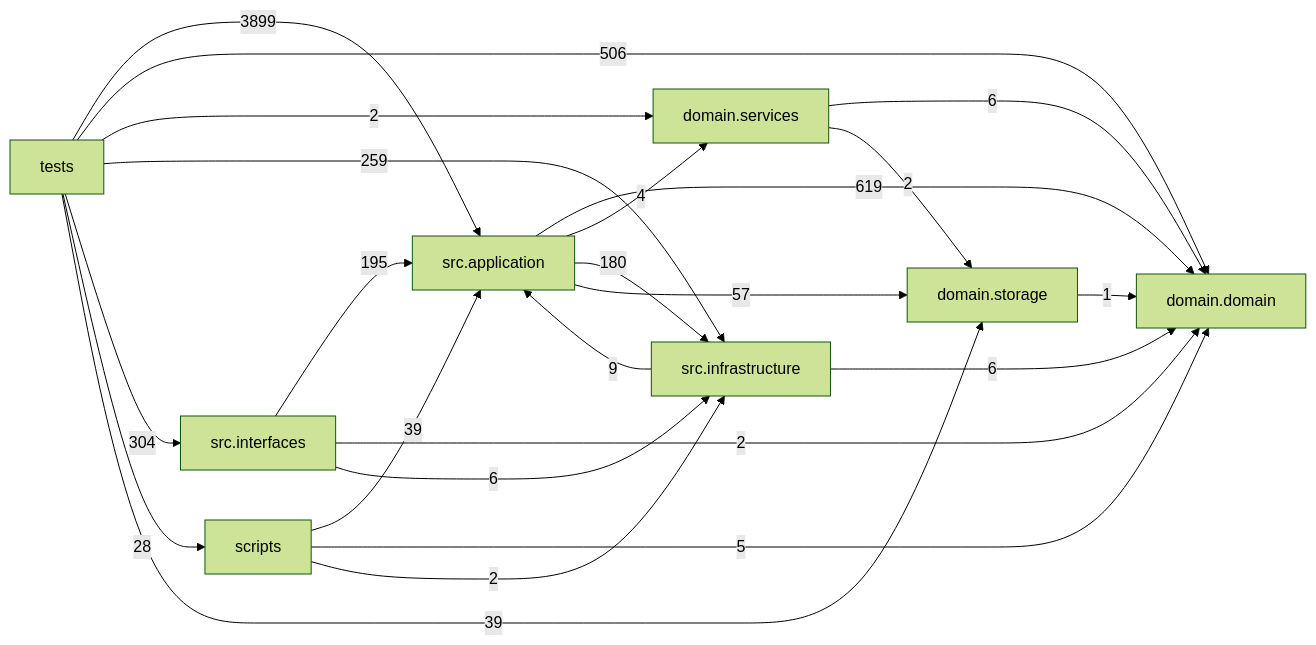
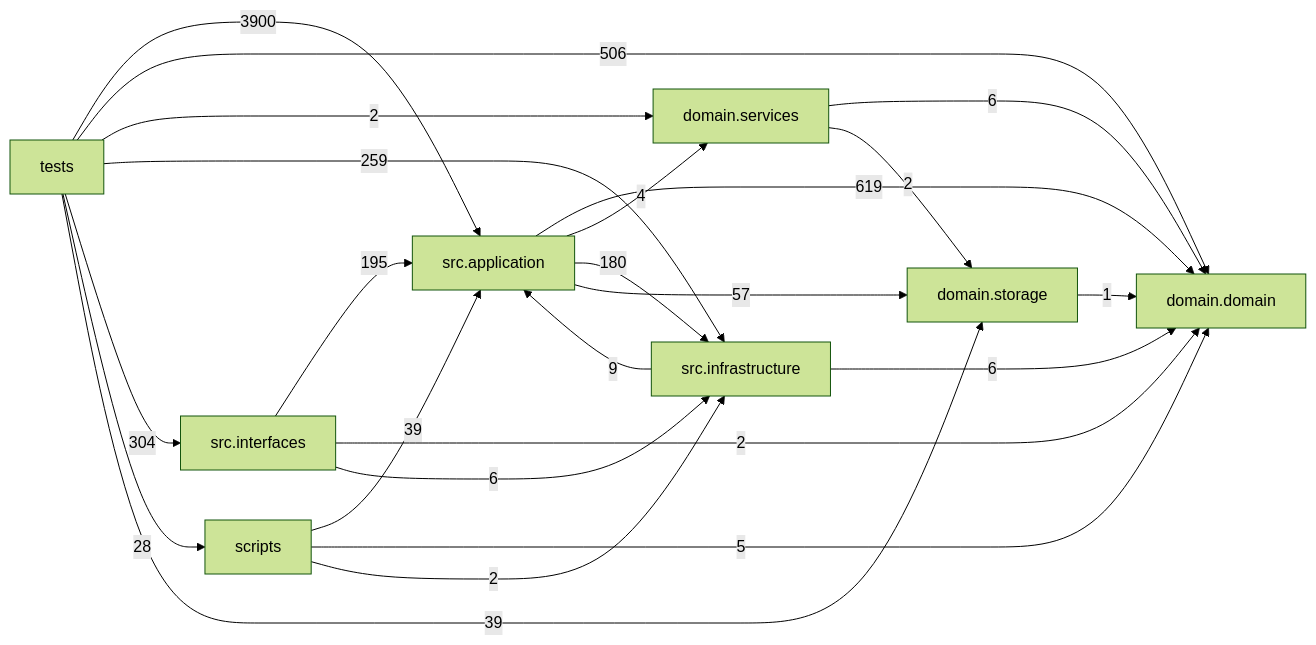
One commit to liuxie066/options-monitor changed the diagram in docs/DEPENDENCY_GRAPH.md. Above: the diagram before and after it, drawn with Mermaid (forest theme). The commit also changed other lines of this file and 2 other files, not shown here.

````diff
--- a/docs/DEPENDENCY_GRAPH.md
+++ b/docs/DEPENDENCY_GRAPH.md
@@ -24,33 +24,33 @@
 ```mermaid
 flowchart LR
   tests["tests"]
   scripts["scripts"]
   interfaces["src.interfaces"]
   application["src.application"]
   infrastructure["src.infrastructure"]
   domain_services["domain.services"]
   domain["domain.domain"]
   storage["domain.storage"]
   application -->|619| domain
   application -->|4| domain_services
   application -->|180| infrastructure
   application -->|57| storage
   domain_services -->|6| domain
   domain_services -->|2| storage
   infrastructure -->|9| application
   infrastructure -->|6| domain
   interfaces -->|195| application
   interfaces -->|2| domain
   interfaces -->|6| infrastructure
   scripts -->|39| application
   scripts -->|5| domain
   scripts -->|2| infrastructure
   storage -->|1| domain
-  tests -->|3899| application
+  tests -->|3900| application
   tests -->|506| domain
   tests -->|2| domain_services
   tests -->|259| infrastructure
   tests -->|304| interfaces
   tests -->|28| scripts
   tests -->|39| storage
 ```
````
